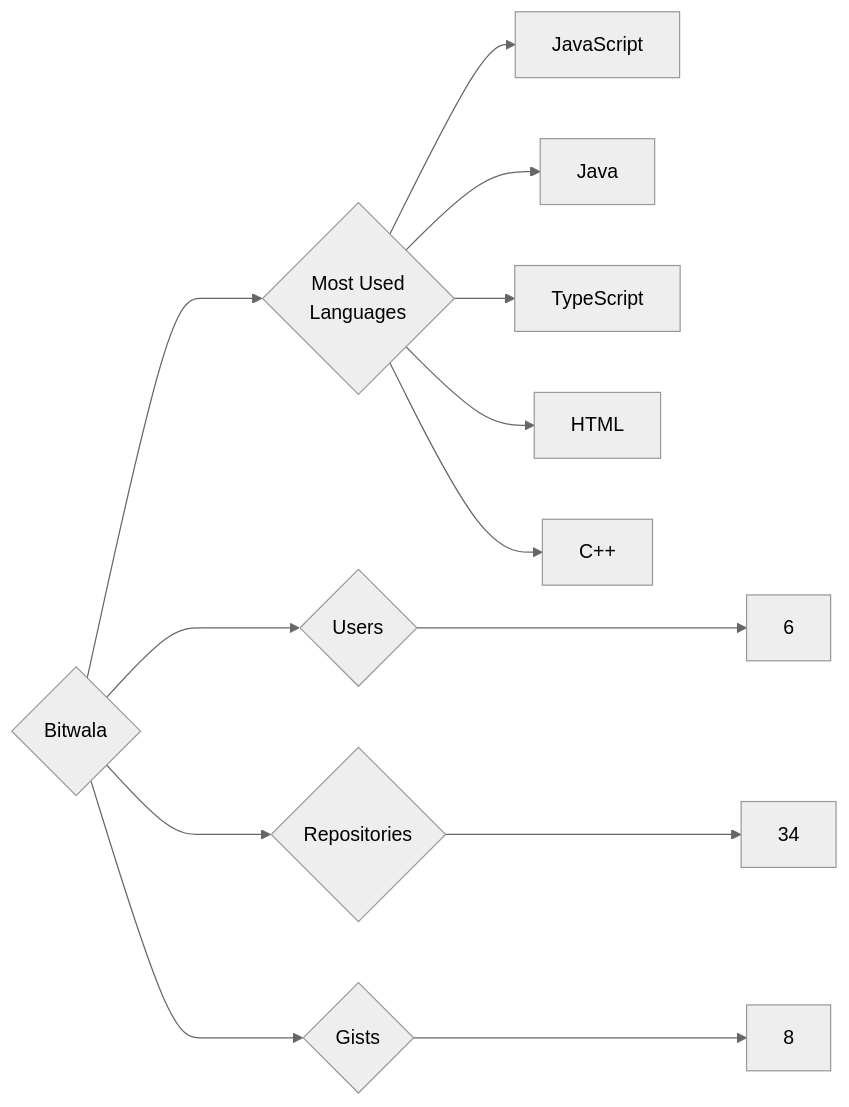
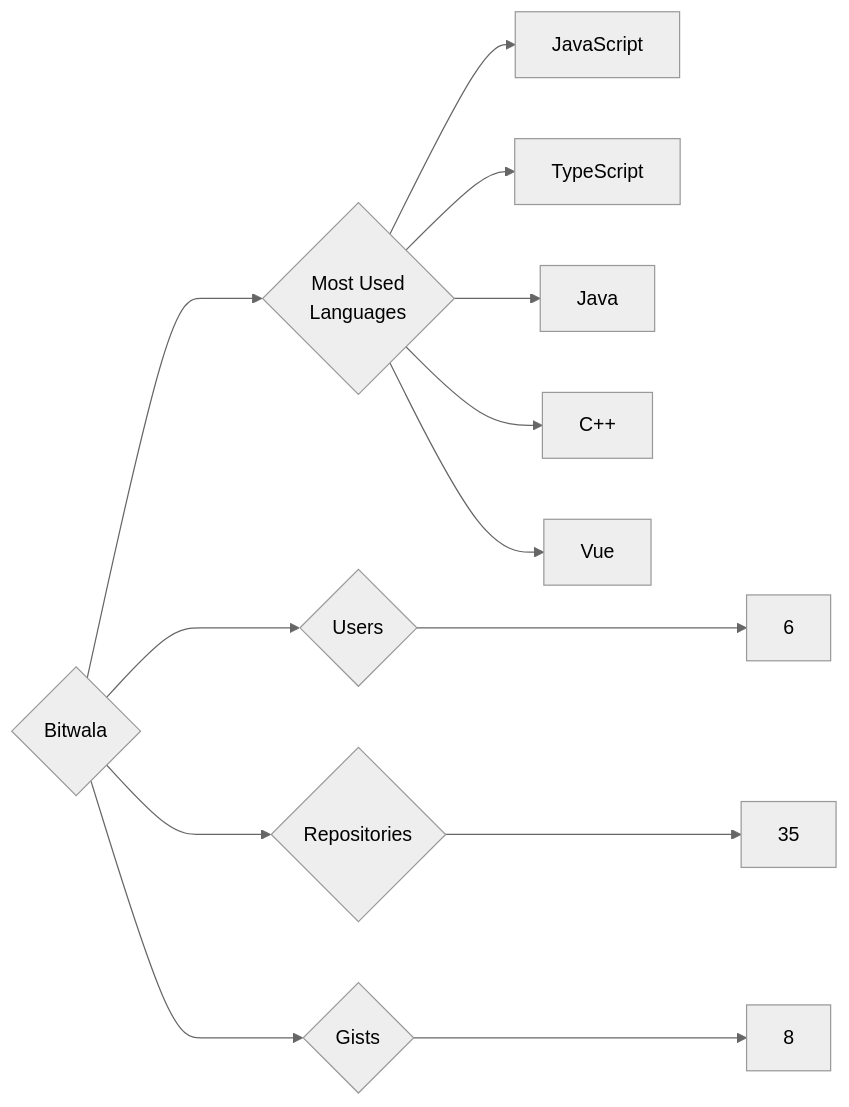
The diagram in targets/Bitwala/README.md (trickest/insiders), drawn with Mermaid (neutral theme) before and after one commit. The commit also changed 933 other files, not shown here.

````diff
--- a/targets/Bitwala/README.md
+++ b/targets/Bitwala/README.md
@@ -3,13 +3,13 @@
 ```mermaid
 graph LR
 COMPANY_NAME{Bitwala}
 COMPANY_NAME ---> U{Users} ---> UN[6]
-COMPANY_NAME ---> R{Repositories} ---> RN[34]
+COMPANY_NAME ---> R{Repositories} ---> RN[35]
 COMPANY_NAME ---> G{Gists} ---> GN[8]
 COMPANY_NAME ---> ML{Most Used<br>Languages}
 ML --> JavaScript[JavaScript]
+ML --> TypeScript[TypeScript]
 ML --> Java[Java]
-ML --> TypeScript[TypeScript]
-ML --> HTML[HTML]
 ML --> C++[C++]
+ML --> Vue[Vue]
 ```
````
